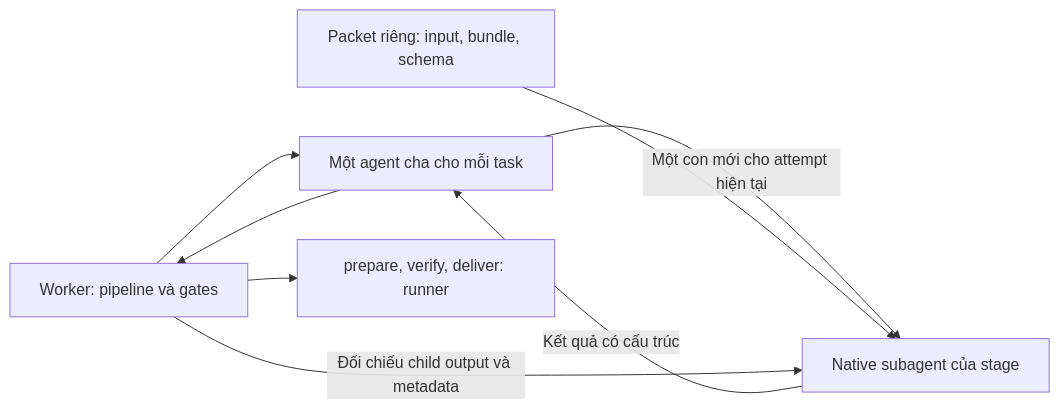
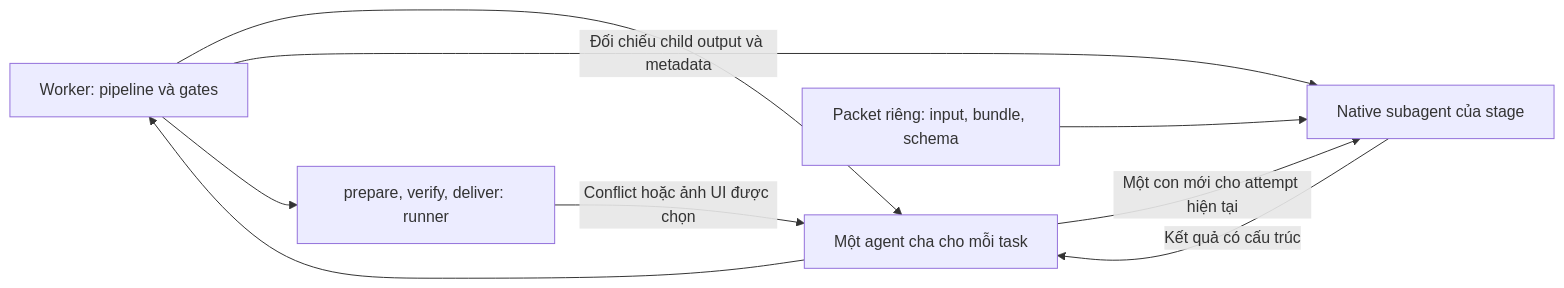
One commit to anhkhoa1408/agent-harness-local changed the second of 3 diagrams in README.md. Above: the diagram before and after it, drawn with Mermaid. The commit also changed other lines of this file and 132 other files, not shown here.

````diff
--- a/README.md
+++ b/README.md
@@ -24,10 +57,11 @@
 ```mermaid
 flowchart LR
   W[Worker: pipeline và gates] --> P[Một agent cha cho mỗi task]
   P -->|Một con mới cho attempt hiện tại| C[Native subagent của stage]
   K[Packet riêng: input, bundle, schema] --> C
   C -->|Kết quả có cấu trúc| P
   P --> W
   W -->|Đối chiếu child output và metadata| C
   W --> R[prepare, verify, deliver: runner]
+  R -->|Conflict hoặc ảnh UI được chọn| P
 ```
````
